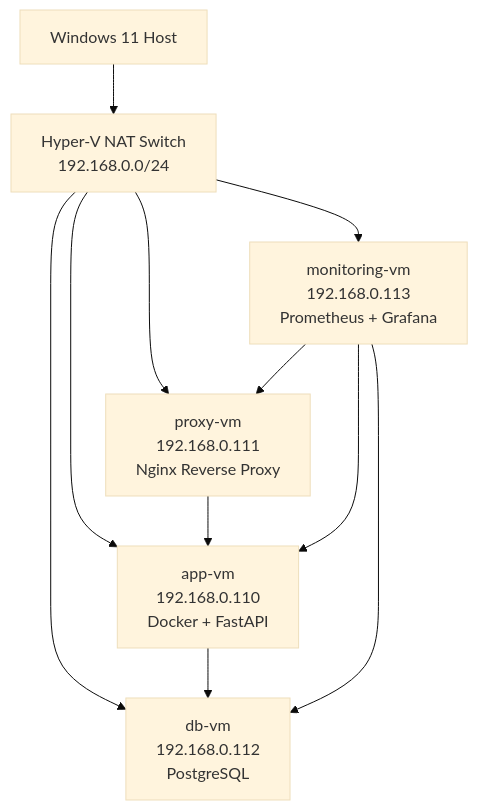
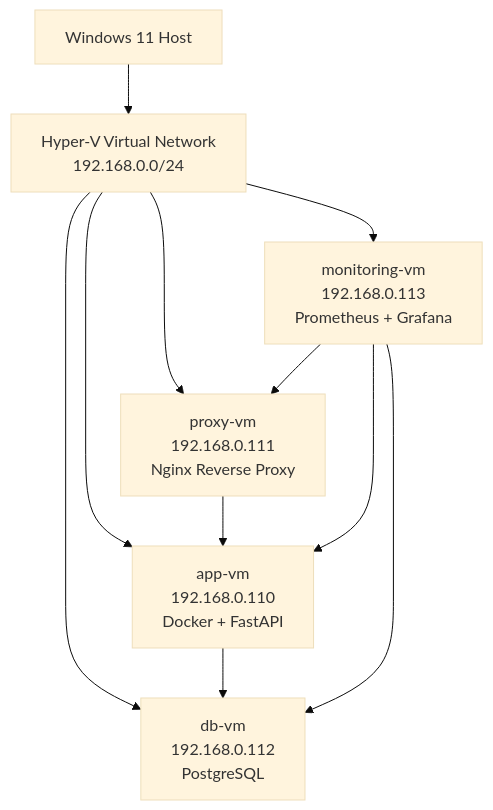
Before and after one commit to Morgein/hyperv-cloud-lab: the diagram in diagrams/architecture.md, drawn with Mermaid (base theme). The commit also changed 6 other files, not shown here.

````diff
--- a/diagrams/architecture.md
+++ b/diagrams/architecture.md
@@ -3,15 +3,16 @@
 ```mermaid
 flowchart TD
-    A[Windows 11 Host] --> B[Hyper-V NAT Switch<br/>192.168.0.0/24]
+    A[Windows 11 Host] --> B[Hyper-V Virtual Network<br/>192.168.0.0/24]
 
-    B --> C[proxy-vm<br/>192.168.0.111<br/>Nginx Reverse Proxy]
-    B --> D[app-vm<br/>192.168.0.110<br/>Docker + FastAPI]
+    B --> C[app-vm<br/>192.168.0.110<br/>Docker + FastAPI]
+    B --> D[proxy-vm<br/>192.168.0.111<br/>Nginx Reverse Proxy]
     B --> E[db-vm<br/>192.168.0.112<br/>PostgreSQL]
     B --> F[monitoring-vm<br/>192.168.0.113<br/>Prometheus + Grafana]
 
-    C --> D
-    D --> E
+    D --> C
+    C --> E
+
     F --> C
     F --> D
     F --> E
 ```
````
